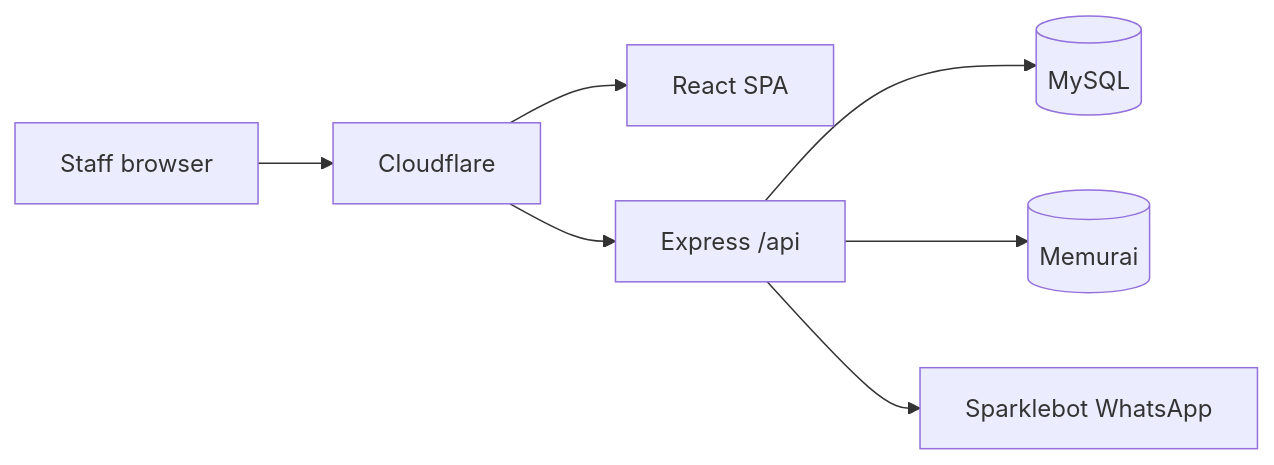
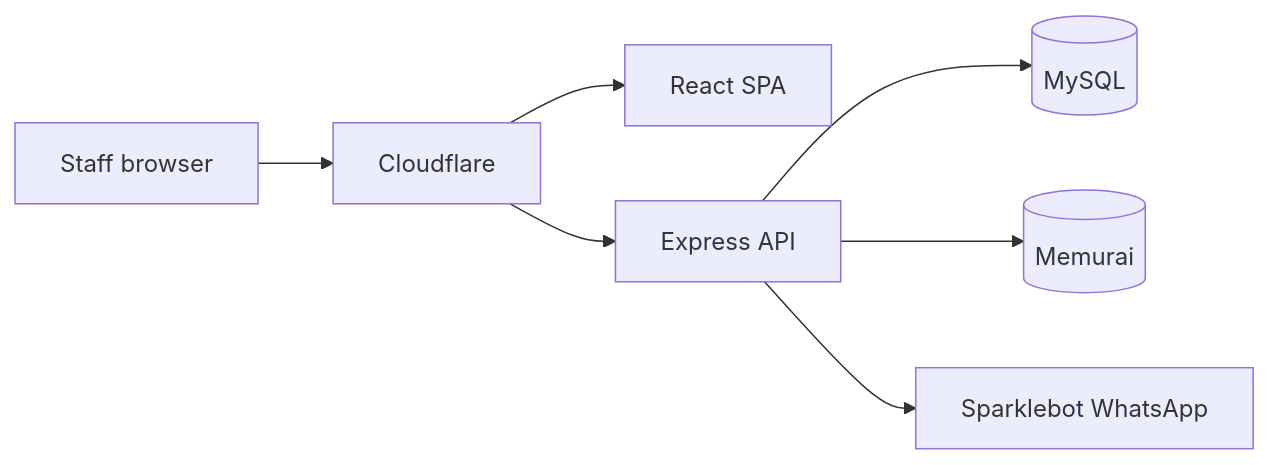
Before and after one commit to MetaForge-IT/BillVyapp-Production: the diagram in README.md, drawn with Mermaid. The commit also changed other lines of this file and 1 other file, not shown here.

Commit message:
docs: add V1 architecture and GitHub README landing page fixed the rich display

````diff
--- a/README.md
+++ b/README.md
@@ -21,9 +21,9 @@
 ```mermaid
 flowchart LR
-  User[Staff browser] --> CF[Cloudflare]
-  CF --> SPA[React SPA]
-  CF --> API[Express /api]
-  API --> DB[(MySQL)]
-  API --> Redis[(Memurai)]
-  API --> WA[Sparklebot WhatsApp]
+  User["Staff browser"] --> CF["Cloudflare"]
+  CF --> SPA["React SPA"]
+  CF --> API["Express API"]
+  API --> DB[("MySQL")]
+  API --> Redis[("Memurai")]
+  API --> WA["Sparklebot WhatsApp"]
 ```
````
